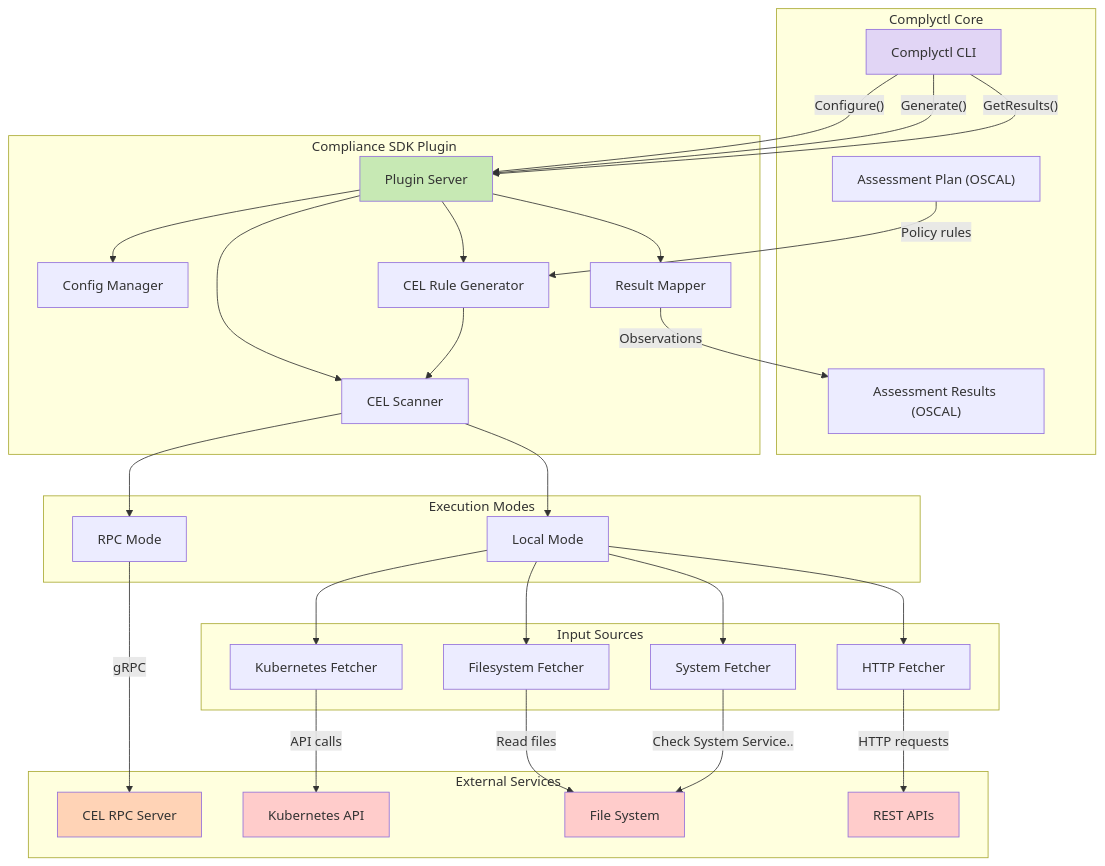
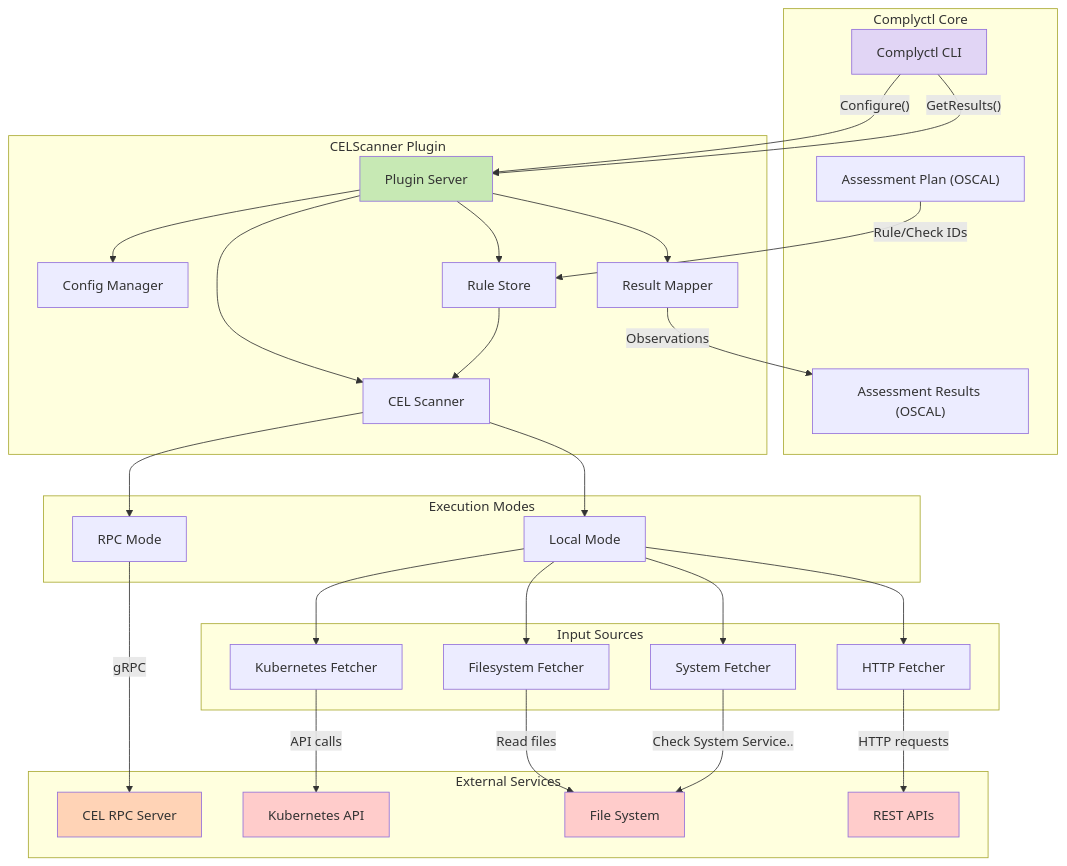
One commit to Vincent056/complyctl changed the first of 2 diagrams in cmd/celscanner-plugin/README.md. Above: the diagram before and after it, drawn with Mermaid. The commit also changed other lines of this file and 90 other files, not shown here.

````diff
--- a/cmd/celscanner-plugin/README.md
+++ b/cmd/celscanner-plugin/README.md
@@ -70,70 +118,69 @@
 ```mermaid
 graph TB
     subgraph "Complyctl Core"
         CC[Complyctl CLI]
         AP["Assessment Plan (OSCAL)"]
         AR["Assessment Results (OSCAL)"]
     end
     
-    subgraph "Compliance SDK Plugin"
+    subgraph "CELScanner Plugin"
         PS[Plugin Server]
         CF[Config Manager]
-        CG[CEL Rule Generator]
+        RS[Rule Store]
         CS[CEL Scanner]
         RM[Result Mapper]
     end
     
     subgraph "Execution Modes"
         LM[Local Mode]
         RPM[RPC Mode]
     end
     
     subgraph "Input Sources"
         KF[Kubernetes Fetcher]
         FF[Filesystem Fetcher]
         HF[HTTP Fetcher]
         SF[System Fetcher]
     end
     
     subgraph "External Services"
         CRS[CEL RPC Server]
         K8S[Kubernetes API]
         FS[File System]
         API[REST APIs]
     end
     
     CC -->|"Configure()"| PS
-    CC -->|"Generate()"| PS
     CC -->|"GetResults()"| PS
     
     PS --> CF
-    PS --> CG
+    PS --> RS
     PS --> CS
     PS --> RM
     
-    CG --> CS
+    RS --> CS
     CS --> LM
     CS --> RPM
     
     LM --> KF
     LM --> FF
     LM --> HF
     LM --> SF
     
     RPM -->|"gRPC"| CRS
     
     KF -->|"API calls"| K8S
     FF -->|"Read files"| FS
     HF -->|"HTTP requests"| API
     SF -->|"Check System Service.."| FS
     
-    AP -->|"Policy rules"| CG
+    AP -->|"Rule/Check IDs"| RS
     RM -->|"Observations"| AR
     
     style CC fill:#e1d5f5
     style PS fill:#c7e9b4
     style CRS fill:#ffd3b6
     style K8S fill:#ffcccb
     style FS fill:#ffcccb
     style API fill:#ffcccb
 ```
````
